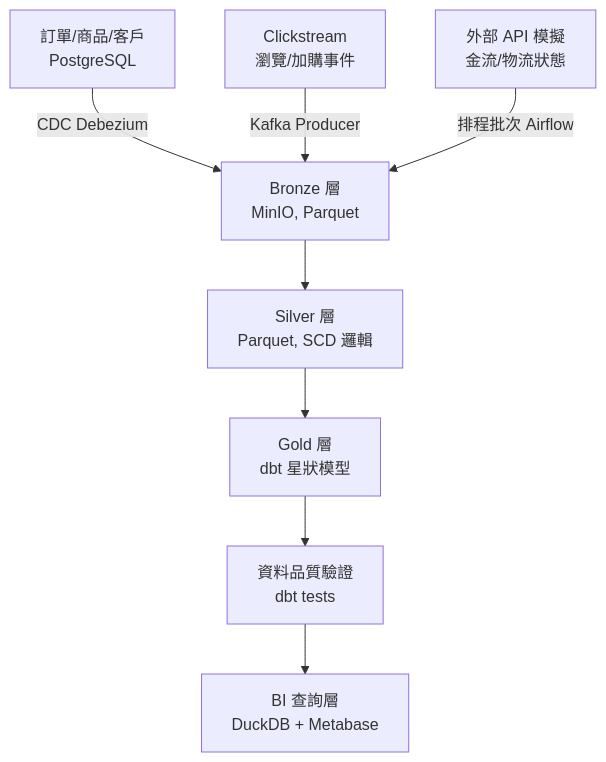
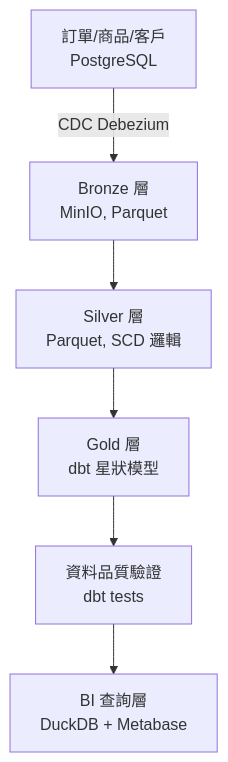
Before and after one commit to Brady-Huang/ecommerce-data-warehouse: the diagram in README.md, drawn with Mermaid. The commit also changed other lines of this file, not shown here.

Commit message:
Update README: remove Clickstream scope, focus on CDC/SCD core; document CDC consumer completion

````diff
--- a/README.md
+++ b/README.md
@@ -15,16 +15,14 @@
 ```mermaid
 flowchart TD
     A["訂單/商品/客戶<br/>PostgreSQL"] -->|CDC Debezium| D
-    B["Clickstream<br/>瀏覽/加購事件"] -->|Kafka Producer| D
-    C["外部 API 模擬<br/>金流/物流狀態"] -->|排程批次 Airflow| D
 
     D["Bronze 層<br/>MinIO, Parquet"] --> E
 
     E["Silver 層<br/>Parquet, SCD 邏輯"] --> F
 
     F["Gold 層<br/>dbt 星狀模型"] --> G
 
     G["資料品質驗證<br/>dbt tests"] --> H
 
     H["BI 查詢層<br/>DuckDB + Metabase"]
 ```
````
